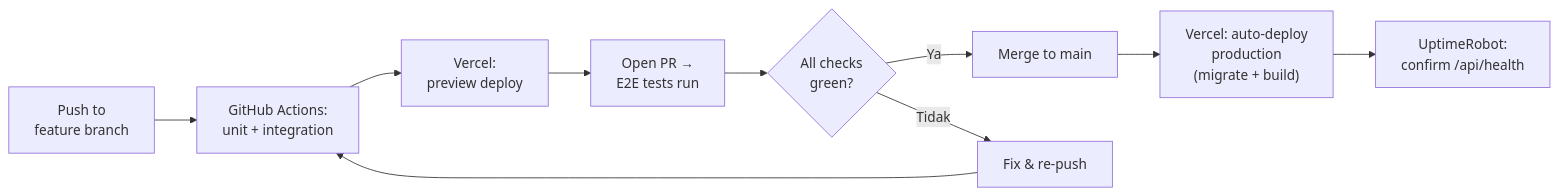
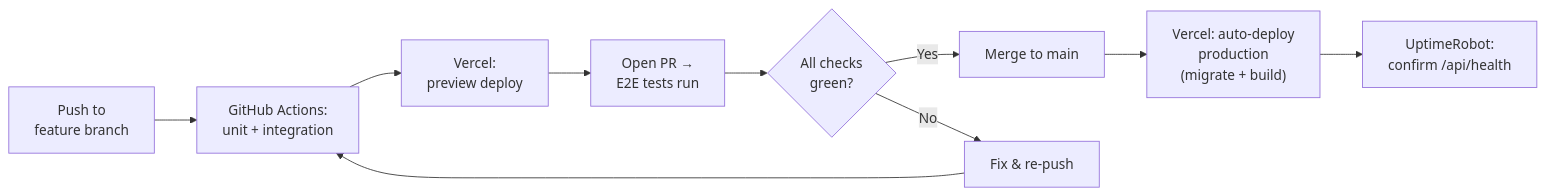
Before and after one commit to yarsi-ai/sicaps: the diagram in docs/DEPLOYMENT.md, drawn with Mermaid. The commit also changed other lines of this file and 7 other files, not shown here.

````diff
--- a/docs/DEPLOYMENT.md
+++ b/docs/DEPLOYMENT.md
@@ -328,12 +328,12 @@
 ```mermaid
 flowchart LR
     A["Push to<br/>feature branch"] --> B["GitHub Actions:<br/>unit + integration"]
     B --> C["Vercel:<br/>preview deploy"]
     C --> D["Open PR →<br/>E2E tests run"]
     D --> E{"All checks<br/>green?"}
-    E -->|Ya| F["Merge to main"]
-    E -->|Tidak| G["Fix & re-push"]
+    E -->|Yes| F["Merge to main"]
+    E -->|No| G["Fix & re-push"]
     G --> B
     F --> H["Vercel: auto-deploy<br/>production<br/>(migrate + build)"]
     H --> I["UptimeRobot:<br/>confirm /api/health"]
 ```
````
